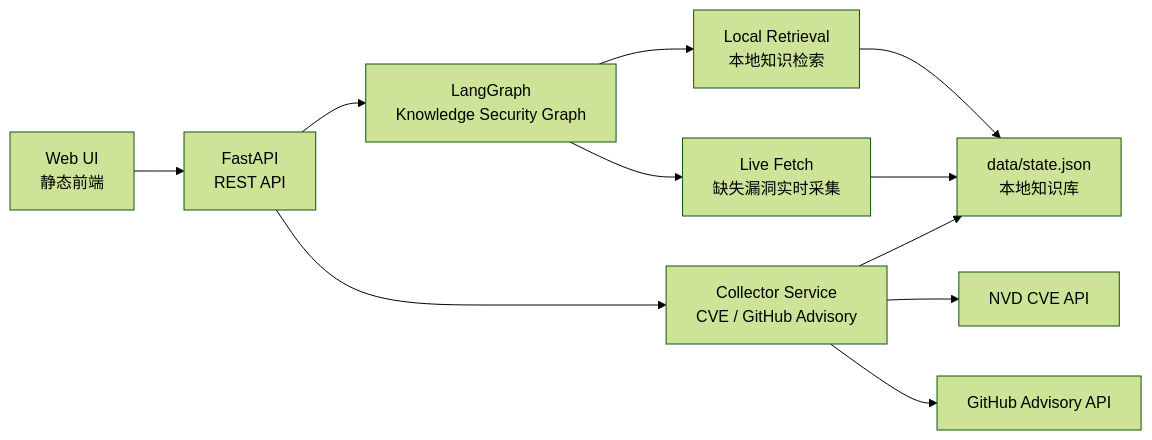
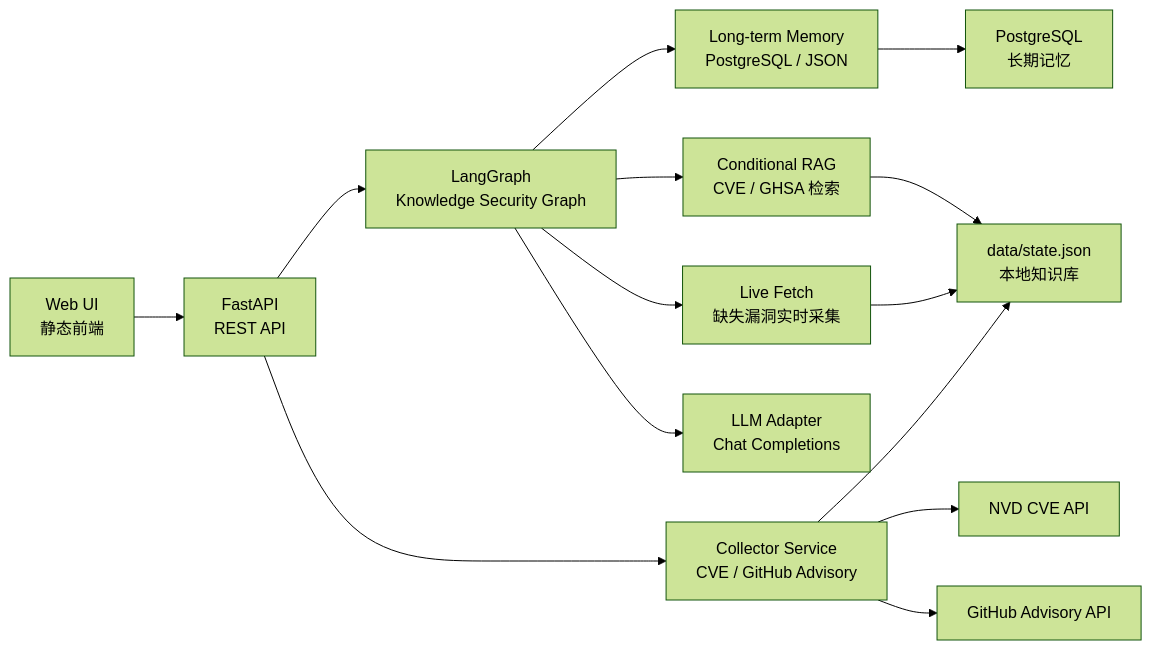
Before and after one commit to FuNianTongXue/secflow-knowledge-security-assistant: the diagram in README.md, drawn with Mermaid (forest theme). The commit also changed other lines of this file and 11 other files, not shown here.

Commit message:
Add long-term memory knowledge assistant flow

````diff
--- a/README.md
+++ b/README.md
@@ -46,13 +51,16 @@
 ```mermaid
 flowchart LR
   UI["Web UI<br/>静态前端"] --> API["FastAPI<br/>REST API"]
   API --> GRAPH["LangGraph<br/>Knowledge Security Graph"]
   API --> COLLECTOR["Collector Service<br/>CVE / GitHub Advisory"]
-  GRAPH --> SEARCH["Local Retrieval<br/>本地知识检索"]
+  GRAPH --> MEMORY["Long-term Memory<br/>PostgreSQL / JSON"]
+  GRAPH --> SEARCH["Conditional RAG<br/>CVE / GHSA 检索"]
+  GRAPH --> LLM["LLM Adapter<br/>Chat Completions"]
   GRAPH --> LIVE["Live Fetch<br/>缺失漏洞实时采集"]
   COLLECTOR --> NVD["NVD CVE API"]
   COLLECTOR --> GHSA["GitHub Advisory API"]
   SEARCH --> STORE["data/state.json<br/>本地知识库"]
   LIVE --> STORE
   COLLECTOR --> STORE
+  MEMORY --> PG["PostgreSQL<br/>长期记忆"]
 ```
````
